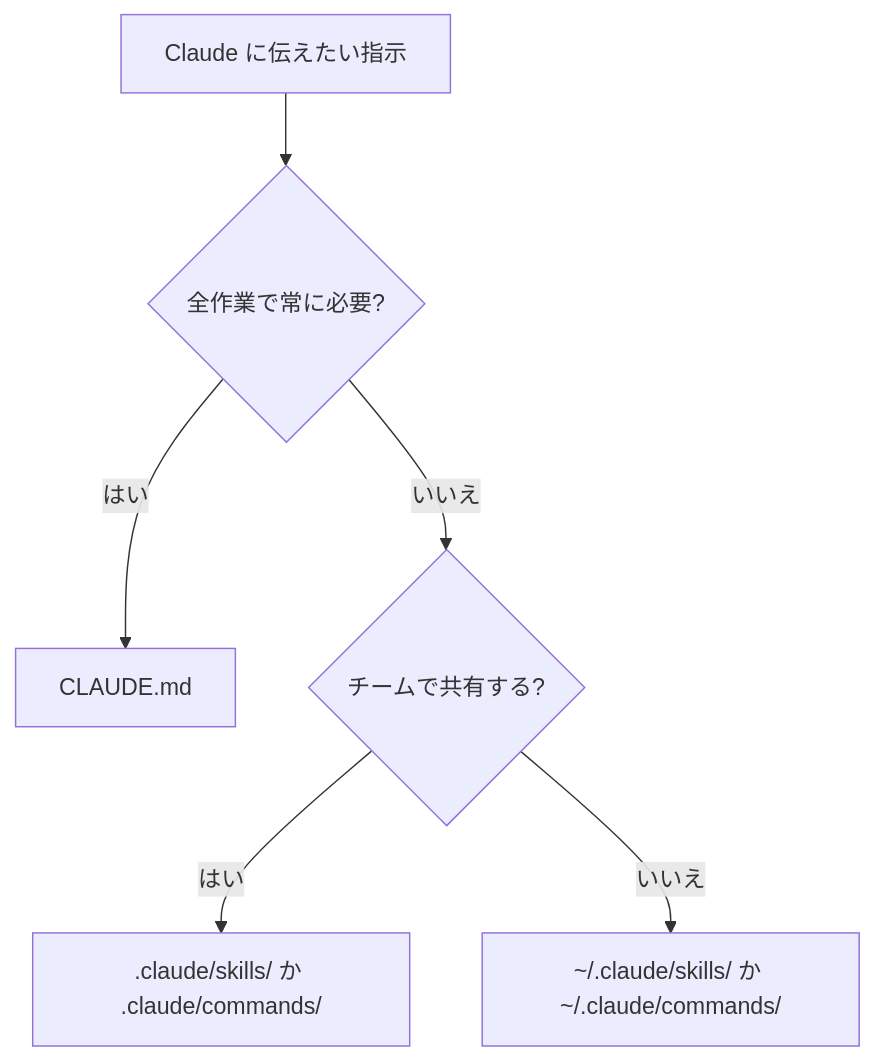
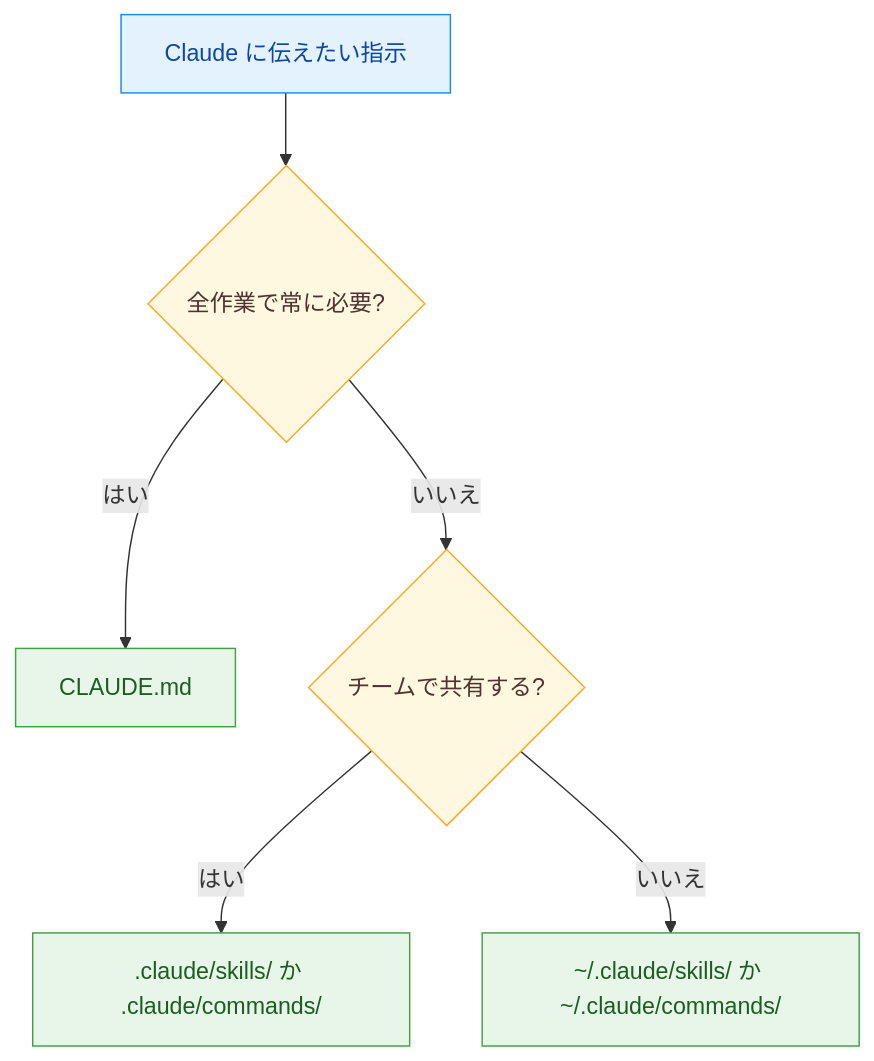
The diagram in ccaf/notes/03-claude-code/slash-commands-and-skills.md (yuya-take/yuya-exam-notes), drawn with Mermaid before and after one commit. The commit also changed other lines of this file and 50 other files, not shown here.

````diff
--- a/ccaf/notes/03-claude-code/slash-commands-and-skills.md
+++ b/ccaf/notes/03-claude-code/slash-commands-and-skills.md
@@ -33,8 +28,14 @@
 ```mermaid
 flowchart TD
   A[Claude に伝えたい指示] --> B{全作業で常に必要?}
   B -- はい --> C[CLAUDE.md]
   B -- いいえ --> D{チームで共有する?}
-  D -- はい --> E[.claude/skills/ か .claude/commands/]
-  D -- いいえ --> F[~/.claude/skills/ か ~/.claude/commands/]
+  D -- はい --> E[".claude/skills/ か .claude/commands/"]
+  D -- いいえ --> F["~/.claude/skills/ か ~/.claude/commands/"]
+  classDef run fill:#e3f2fd,stroke:#1e88e5,color:#0d47a1
+  classDef judge fill:#fff8e1,stroke:#f9a825,color:#4e342e
+  classDef done fill:#e8f5e9,stroke:#43a047,color:#1b5e20
+  class A run
+  class B,D judge
+  class C,E,F done
 ```
````
